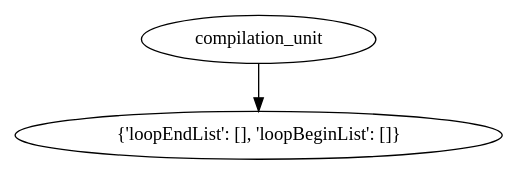
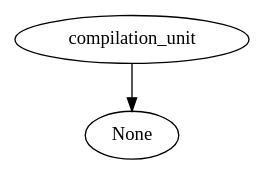
One commit to apeeyush/compiler changed the diagram in test.dot. Above: the diagram before and after it, drawn with Graphviz. The commit also changed 4 other files, not shown here.

```diff
--- a/test.dot
+++ b/test.dot
@@ -1,5 +1,5 @@
 digraph G{
 id0[label="compilation_unit"];
-id1[label="{'loopEndList': [], 'loopBeginList': []}"];
+id1[label="None"];
 id0->id1;
 }
```
